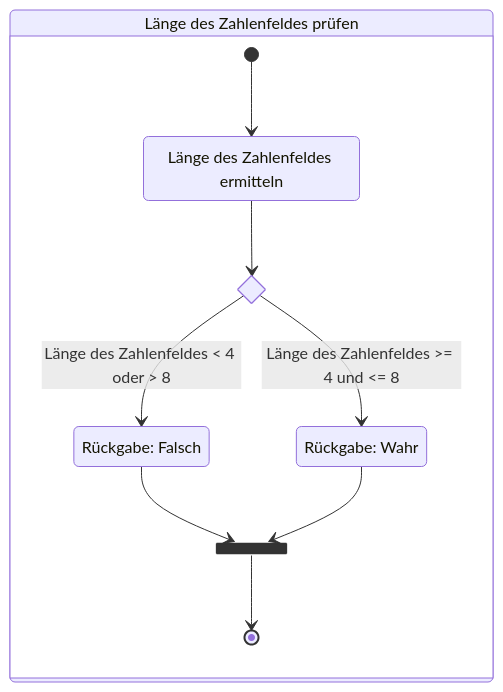
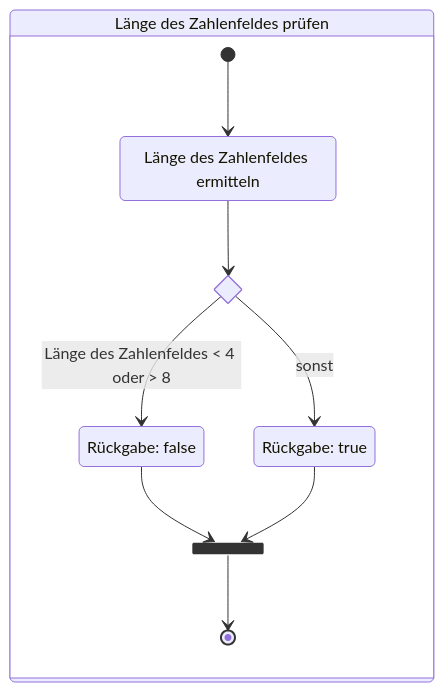
Before and after one commit to jappuccini/java-docs: the fifth of 8 diagrams in docs/additional-material/daniel/sample-exam-java1.md, drawn with Mermaid. The commit also changed other lines of this file and 5 other files, not shown here.

Commit message:
Update Activity Diagrams and Add New Exam Exercises

````diff
--- a/docs/additional-material/daniel/sample-exam-java1.md
+++ b/docs/additional-material/daniel/sample-exam-java1.md
@@ -366,17 +369,19 @@
 ```mermaid
-stateDiagram
-    state "Länge des Zahlenfeldes prüfen" as cpl {
-        state "Länge des Zahlenfeldes ermitteln" as cpl1
-        state "Rückgabe: Wahr" as cpl2
-        state "Rückgabe: Falsch" as cpl3
-        state cplif <<choice>>
-        state cplfork <<fork>>
-        [*] --> cpl1
-        cpl1 --> cplif
-        cplif --> cpl2: Länge des Zahlenfeldes >= 4 und <= 8
-        cplif --> cpl3: Länge des Zahlenfeldes < 4 oder > 8
-        cpl3 --> cplfork
-        cpl2 --> cplfork
-        cplfork --> [*]
+stateDiagram-v2
+    state "Länge des Zahlenfeldes ermitteln" as state1
+    state "Rückgabe: true" as state2
+    state "Rückgabe: false" as state3
+
+    state if1 <<choice>>
+    state fork1 <<fork>>
+
+    state "Länge des Zahlenfeldes prüfen" as checkPinLength {
+        [*] --> state1
+        state1 --> if1
+        if1 --> state2: sonst
+        if1 --> state3: Länge des Zahlenfeldes < 4 oder > 8
+        state3 --> fork1
+        state2 --> fork1
+        fork1 --> [*]
     }
 ```
````
